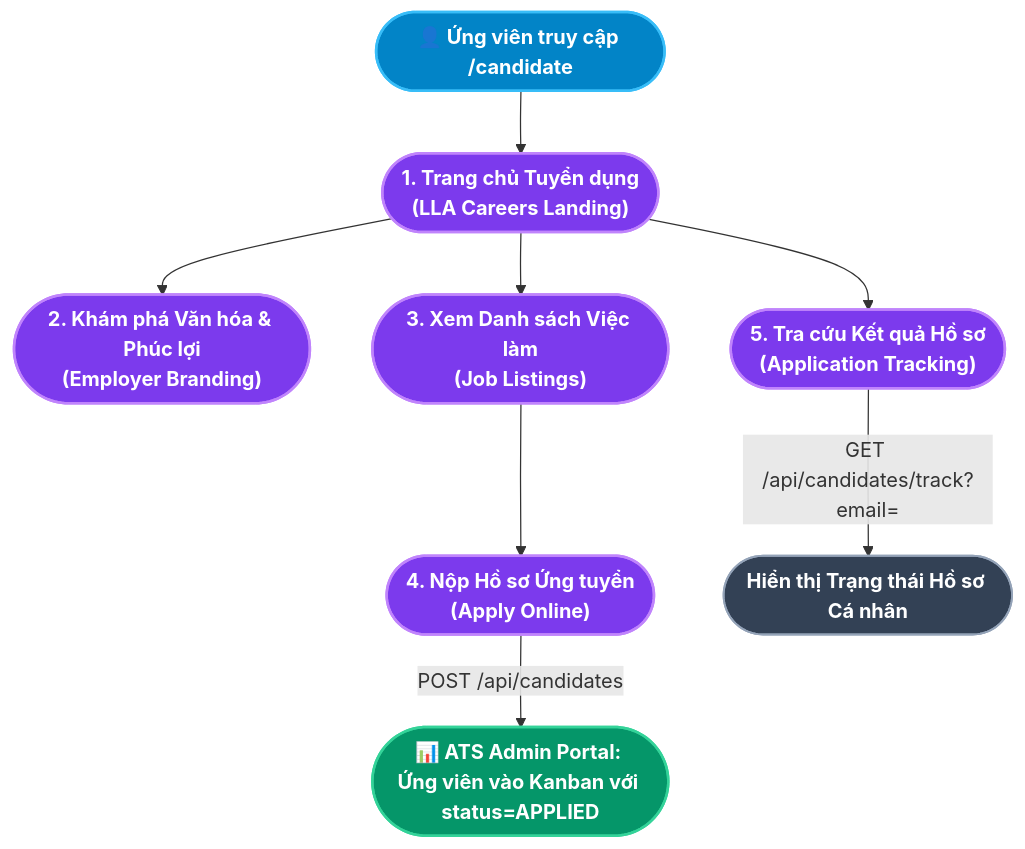
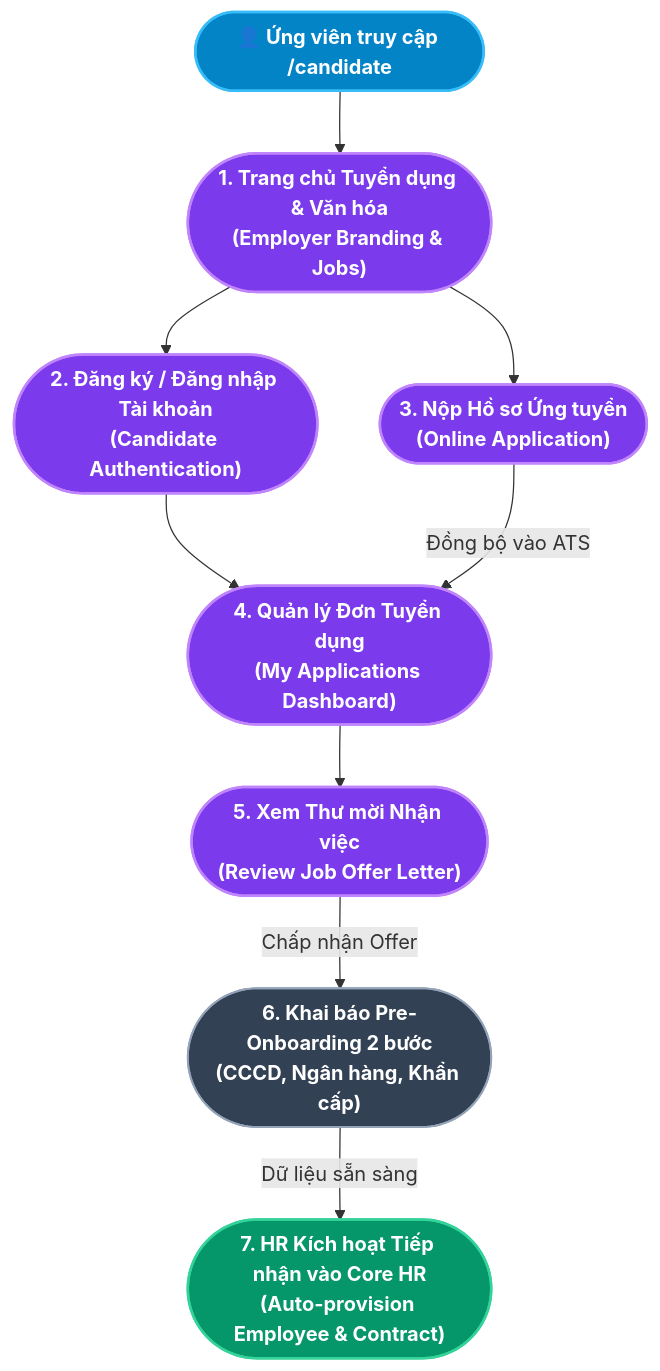
The diagram in docs/Tài liệu phân tích nghiệp vụ từng module/Module Cổng Tuyển dụng Ứng viên/Module Cổng Tuyển dụng Ứng viên.md (aye2710/HRM-DATN), drawn with Mermaid before and after one commit. The commit also changed other lines of this file and 17 other files, not shown here.

Commit message:
feat: implement candidate portal auth, collaborative offer lifecycle, pre-onboarding wizard and update thesis specifications

````diff
--- a/docs/Tài liệu phân tích nghiệp vụ từng module/Module Cổng Tuyển dụng Ứng viên/Module Cổng Tuyển dụng Ứng viên.md
+++ b/docs/Tài liệu phân tích nghiệp vụ từng module/Module Cổng Tuyển dụng Ứng viên/Module Cổng Tuyển dụng Ứng viên.md
@@ -18,25 +20,26 @@
 ```mermaid
 flowchart TD
     classDef landing fill:#0284c7,stroke:#38bdf8,stroke-width:2px,color:#ffffff,font-weight:bold;
     classDef section fill:#7c3aed,stroke:#c084fc,stroke-width:2px,color:#ffffff,font-weight:bold;
     classDef action fill:#334155,stroke:#94a3b8,stroke-width:1.5px,color:#ffffff,font-weight:bold;
     classDef result fill:#059669,stroke:#34d399,stroke-width:2px,color:#ffffff,font-weight:bold;
 
     UV(["👤 Ứng viên truy cập /candidate"]):::landing
 
-    S1(["1. Trang chủ Tuyển dụng\n(LLA Careers Landing)"]):::section
-    S2(["2. Khám phá Văn hóa & Phúc lợi\n(Employer Branding)"]):::section
-    S3(["3. Xem Danh sách Việc làm\n(Job Listings)"]):::section
-    S4(["4. Nộp Hồ sơ Ứng tuyển\n(Apply Online)"]):::section
-    S5(["5. Tra cứu Kết quả Hồ sơ\n(Application Tracking)"]):::section
+    S1(["1. Trang chủ Tuyển dụng & Văn hóa\n(Employer Branding & Jobs)"]):::section
+    S2(["2. Đăng ký / Đăng nhập Tài khoản\n(Candidate Authentication)"]):::section
+    S3(["3. Nộp Hồ sơ Ứng tuyển\n(Online Application)"]):::section
+    S4(["4. Quản lý Đơn Tuyển dụng\n(My Applications Dashboard)"]):::section
+    S5(["5. Xem Thư mời Nhận việc\n(Review Job Offer Letter)"]):::section
+    S6(["6. Khai báo Pre-Onboarding 2 bước\n(CCCD, Ngân hàng, Khẩn cấp)"]):::action
+    S7(["7. HR Kích hoạt Tiếp nhận vào Core HR\n(Auto-provision Employee & Contract)"]):::result
 
     UV --> S1
     S1 --> S2
     S1 --> S3
-    S3 --> S4
-    S1 --> S5
-
-    ATS(["📊 ATS Admin Portal: Ứng viên vào Kanban với status=APPLIED"]):::result
-    S4 -->|POST /api/candidates| ATS
-    S5 -->|GET /api/candidates/track?email=| TrackResult(["Hiển thị Trạng thái Hồ sơ Cá nhân"]):::action
+    S2 --> S4
+    S3 -->|Đồng bộ vào ATS| S4
+    S4 --> S5
+    S5 -->|Chấp nhận Offer| S6
+    S6 -->|Dữ liệu sẵn sàng| S7
 ```
````
